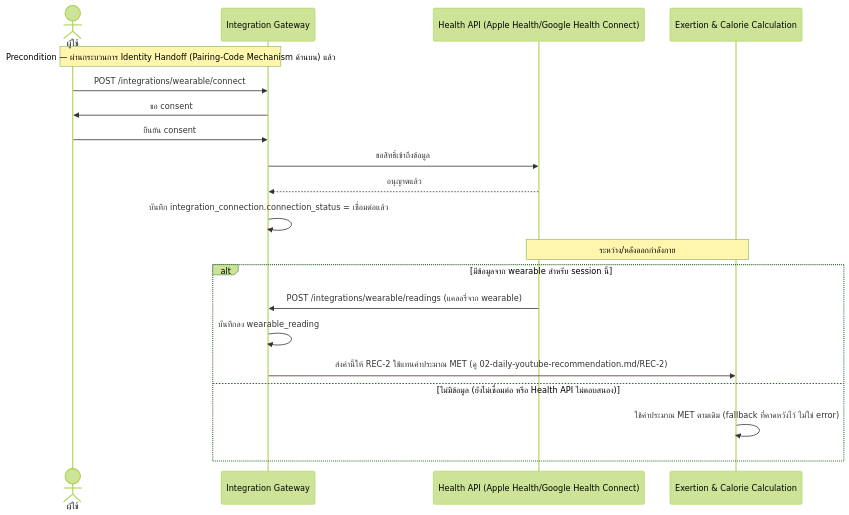
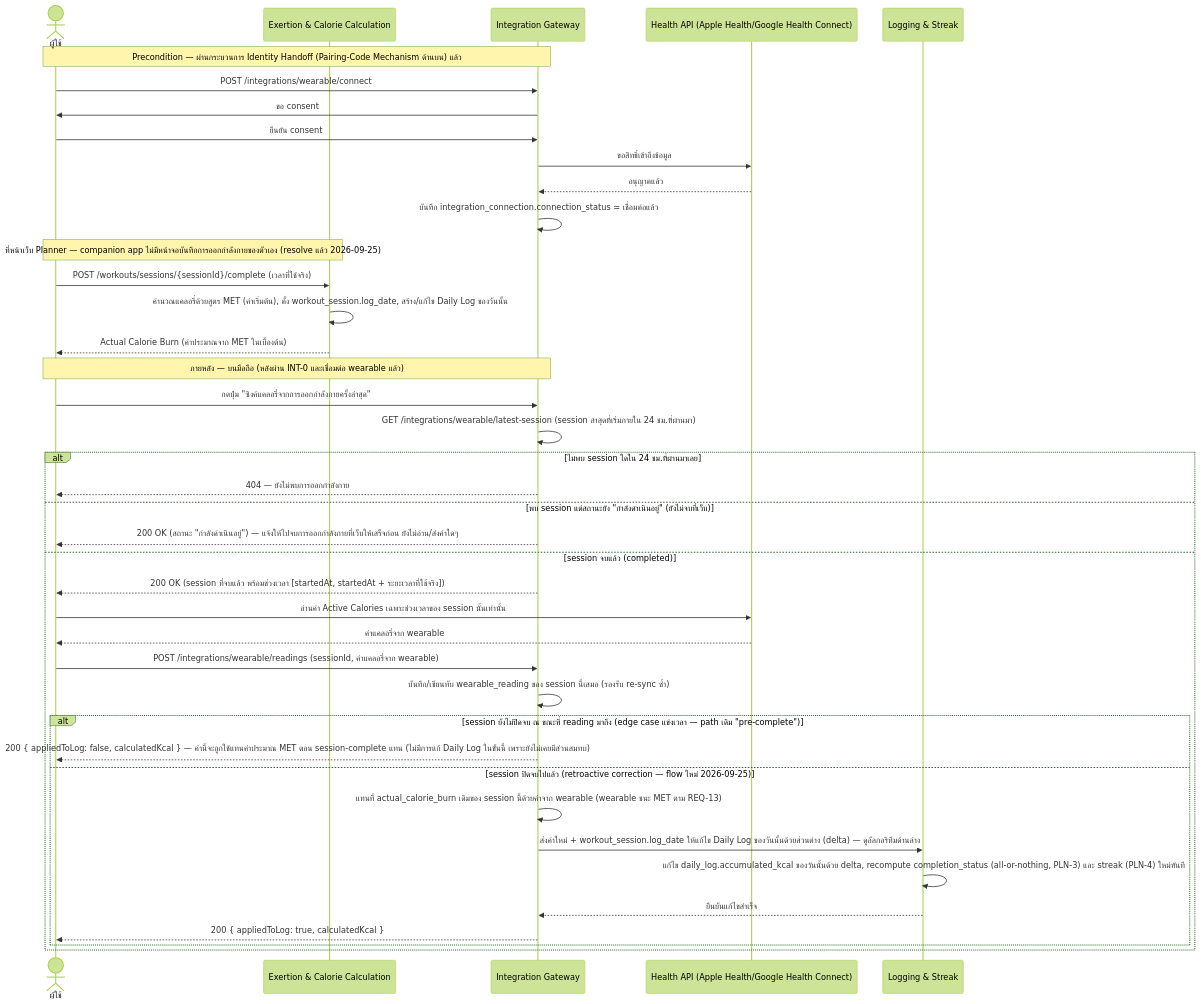
One commit to Kikofah/smartFit_daily changed the fifth of 5 diagrams in docs/02-design/02-technical/detailed-design/04-smart-integrations.md. Above: the diagram before and after it, drawn with Mermaid (forest theme). The commit also changed other lines of this file and 17 other files, not shown here.

First line of the commit message:
docs: sync spec, API/DB, detailed design, tests, prototypes with INT-0/INT-3/ONB-3 changes

````diff
--- a/docs/02-design/02-technical/detailed-design/04-smart-integrations.md
+++ b/docs/02-design/02-technical/detailed-design/04-smart-integrations.md
@@ -229,22 +298,42 @@
 ```mermaid
 sequenceDiagram
     actor U as ผู้ใช้
+    participant EC as Exertion & Calorie Calculation
     participant IG as Integration Gateway
     participant HA as Health API (Apple Health/Google Health Connect)
-    participant EC as Exertion & Calorie Calculation
+    participant LS as Logging & Streak
     Note over U,IG: Precondition — ผ่านกระบวนการ Identity Handoff (Pairing-Code Mechanism ด้านบน) แล้ว
     U->>IG: POST /integrations/wearable/connect
     IG->>U: ขอ consent
     U->>IG: ยืนยัน consent
     IG->>HA: ขอสิทธิ์เข้าถึงข้อมูล
     HA-->>IG: อนุญาตแล้ว
     IG->>IG: บันทึก integration_connection.connection_status = เชื่อมต่อแล้ว
-    Note over HA,EC: ระหว่าง/หลังออกกำลังกาย
-    alt มีข้อมูลจาก wearable สำหรับ session นี้
-        HA->>IG: POST /integrations/wearable/readings (แคลอรี่จาก wearable)
-        IG->>IG: บันทึกลง wearable_reading
-        IG->>EC: ส่งค่านี้ให้ REC-2 ใช้แทนค่าประมาณ MET (ดู 02-daily-youtube-recommendation.md/REC-2)
-    else ไม่มีข้อมูล (ยังไม่เชื่อมต่อ หรือ Health API ไม่ตอบสนอง)
-        EC->>EC: ใช้ค่าประมาณ MET ตามเดิม (fallback ที่คาดหวังไว้ ไม่ใช่ error)
+    Note over U,EC: ที่หน้าเว็บ Planner — companion app ไม่มีหน้าจอบันทึกการออกกำลังกายของตัวเอง (resolve แล้ว 2026-09-25)
+    U->>EC: POST /workouts/sessions/{sessionId}/complete (เวลาที่ใช้จริง)
+    EC->>EC: คำนวณแคลอรี่ด้วยสูตร MET (ค่าเริ่มต้น), ตั้ง workout_session.log_date, สร้าง/แก้ไข Daily Log ของวันนั้น
+    EC-->>U: Actual Calorie Burn (ค่าประมาณจาก MET ในเบื้องต้น)
+    Note over U,IG: ภายหลัง — บนมือถือ (หลังผ่าน INT-0 และเชื่อมต่อ wearable แล้ว)
+    U->>IG: กดปุ่ม "ซิงค์แคลอรี่จากการออกกำลังกายครั้งล่าสุด"
+    IG->>IG: GET /integrations/wearable/latest-session (session ล่าสุดที่เริ่มภายใน 24 ชม.ที่ผ่านมา)
+    alt ไม่พบ session ใดใน 24 ชม.ที่ผ่านมาเลย
+        IG-->>U: 404 — ยังไม่พบการออกกำลังกาย
+    else พบ session แต่สถานะยัง "กำลังดำเนินอยู่" (ยังไม่จบที่เว็บ)
+        IG-->>U: 200 OK (สถานะ "กำลังดำเนินอยู่") — แจ้งให้ไปจบการออกกำลังกายที่เว็บให้เสร็จก่อน ยังไม่อ่าน/ส่งค่าใดๆ
+    else session จบแล้ว (completed)
+        IG-->>U: 200 OK (session ที่จบแล้ว พร้อมช่วงเวลา [startedAt, startedAt + ระยะเวลาที่ใช้จริง])
+        U->>HA: อ่านค่า Active Calories เฉพาะช่วงเวลาของ session นั้นเท่านั้น
+        HA-->>U: ค่าแคลอรี่จาก wearable
+        U->>IG: POST /integrations/wearable/readings (sessionId, ค่าแคลอรี่จาก wearable)
+        IG->>IG: บันทึก/เขียนทับ wearable_reading ของ session นี้เสมอ (รองรับ re-sync ซ้ำ)
+        alt session ยังไม่ปิดจบ ณ ขณะที่ reading มาถึง (edge case แข่งเวลา — path เดิม "pre-complete")
+            IG-->>U: 200 { appliedToLog: false, calculatedKcal } — ค่านี้จะถูกใช้แทนค่าประมาณ MET ตอน session-complete แทน (ไม่มีการแก้ Daily Log ในขั้นนี้ เพราะยังไม่เคยมีส่วนสมทบ)
+        else session ปิดจบไปแล้ว (retroactive correction — flow ใหม่ 2026-09-25)
+            IG->>IG: แทนที่ actual_calorie_burn เดิมของ session นี้ด้วยค่าจาก wearable (wearable ชนะ MET ตาม REQ-13)
+            IG->>LS: ส่งค่าใหม่ + workout_session.log_date ให้แก้ไข Daily Log ของวันนั้นด้วยส่วนต่าง (delta) — ดูอัลกอริทึมด้านล่าง
+            LS->>LS: แก้ไข daily_log.accumulated_kcal ของวันนั้นด้วย delta, recompute completion_status (all-or-nothing, PLN-3) และ streak (PLN-4) ใหม่ทันที
+            LS-->>IG: ยืนยันแก้ไขสำเร็จ
+            IG-->>U: 200 { appliedToLog: true, calculatedKcal }
+        end
     end
 ```
````
